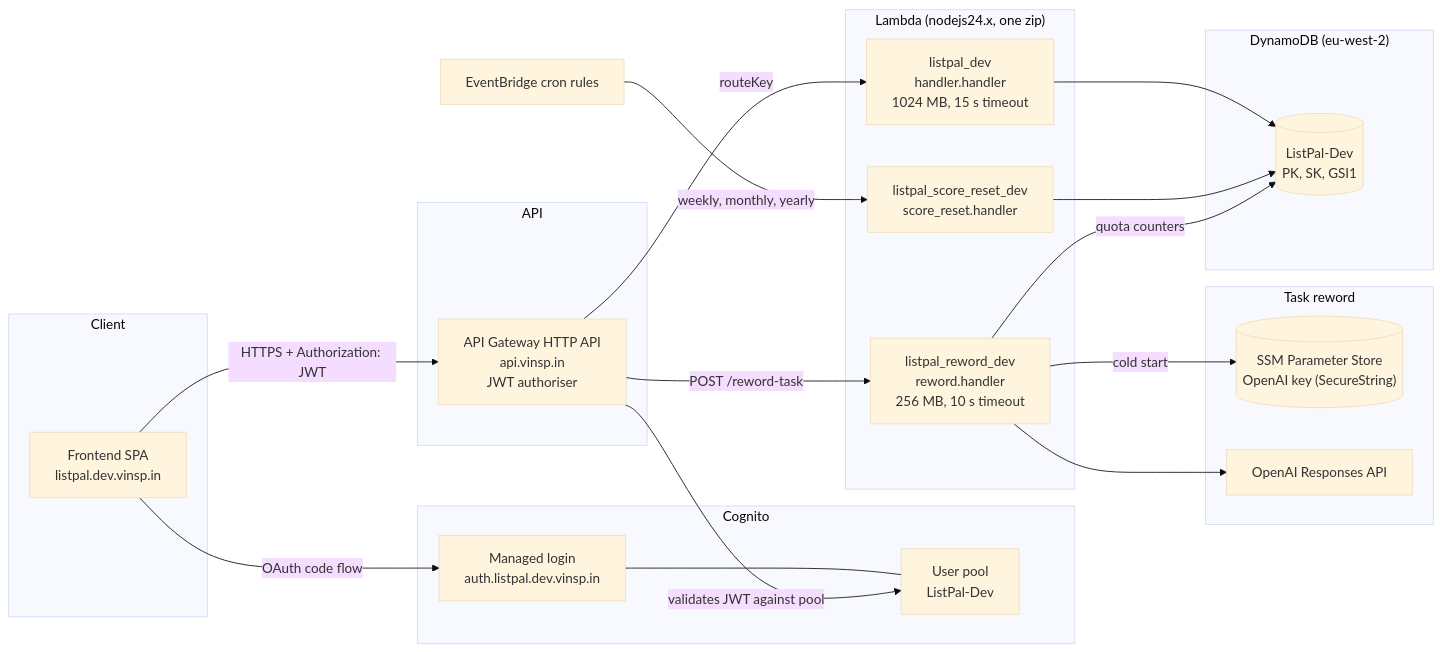
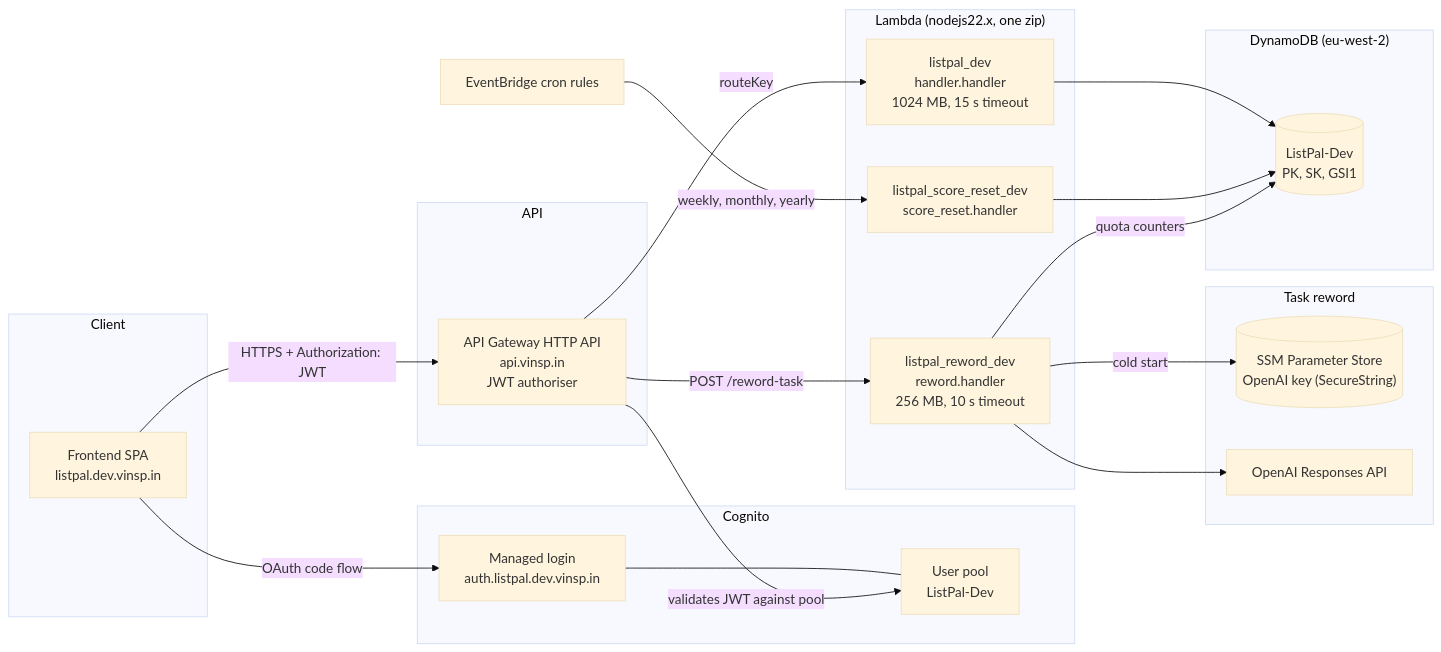
The first of 12 diagrams in ARCHITECTURE.md (TomBenjaminMorris/listpal-backend), drawn with Mermaid (base theme) before and after one commit. The commit also changed other lines of this file and 8 other files, not shown here.

````diff
--- a/ARCHITECTURE.md
+++ b/ARCHITECTURE.md
@@ -71,45 +71,45 @@
 ```mermaid
 flowchart LR
     subgraph Client
         FE["Frontend SPA<br/>listpal.dev.vinsp.in"]
     end
 
     subgraph Auth["Cognito"]
         UP["User pool<br/>ListPal-Dev"]
         HUI["Managed login<br/>auth.listpal.dev.vinsp.in"]
     end
 
     subgraph Edge["API"]
         APIGW["API Gateway HTTP API<br/>api.vinsp.in<br/>JWT authoriser"]
     end
 
-    subgraph Compute["Lambda (nodejs24.x, one zip)"]
+    subgraph Compute["Lambda (nodejs22.x, one zip)"]
         L1["listpal_dev<br/>handler.handler<br/>1024 MB, 15 s timeout"]
         L2["listpal_score_reset_dev<br/>score_reset.handler"]
         L3["listpal_reword_dev<br/>reword.handler<br/>256 MB, 10 s timeout"]
     end
 
     subgraph AI["Task reword"]
         SSM[("SSM Parameter Store<br/>OpenAI key (SecureString)")]
         OAI["OpenAI Responses API"]
     end
 
     subgraph Data["DynamoDB (eu-west-2)"]
         T1[("ListPal-Dev<br/>PK, SK, GSI1")]
     end
 
     EB["EventBridge cron rules"]
 
     FE -->|"OAuth code flow"| HUI
     HUI --- UP
     FE -->|"HTTPS + Authorization: JWT"| APIGW
     APIGW -->|"validates JWT against pool"| UP
     APIGW -->|"routeKey"| L1
     L1 --> T1
     EB -->|"weekly, monthly, yearly"| L2
     L2 --> T1
     APIGW -->|"POST /reword-task"| L3
     L3 -->|"cold start"| SSM
     L3 --> OAI
     L3 -->|"quota counters"| T1
 ```
````
